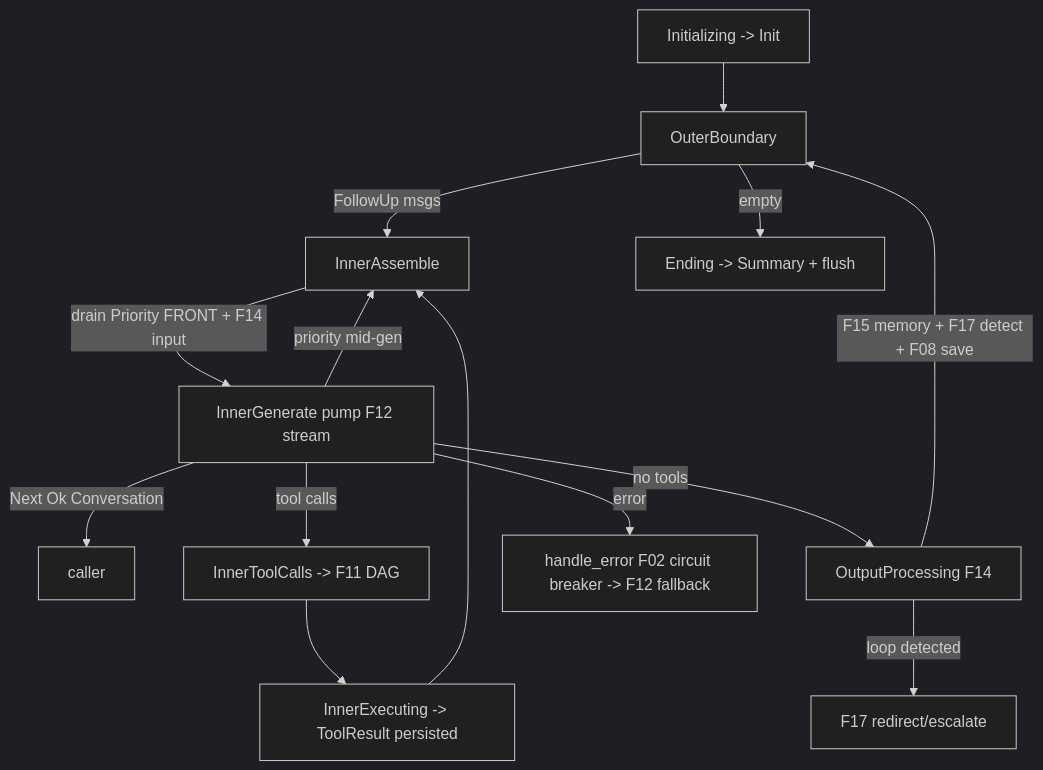
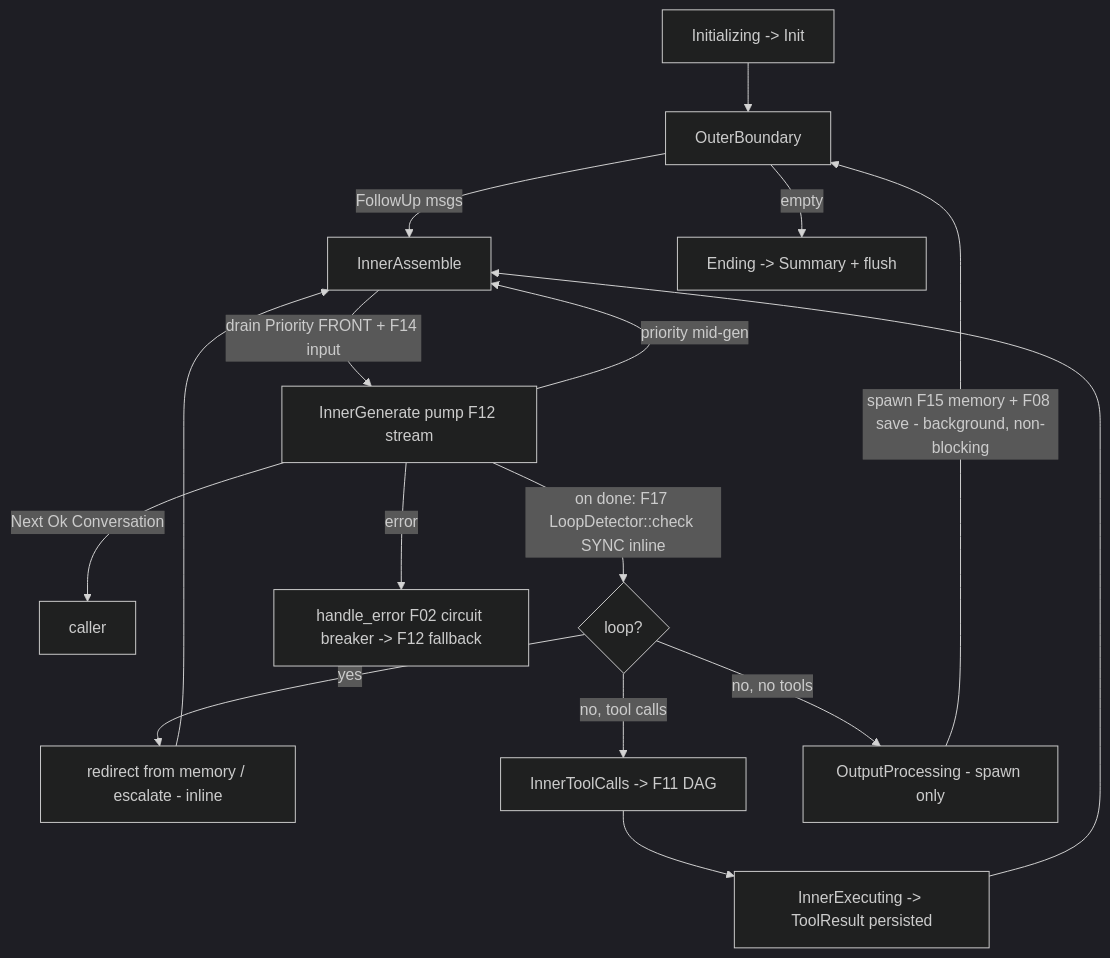
Before and after one commit to ewe-studios/ewe_platform: the diagram in specifications/36-agentic-api/features/19-agentic-loop/feature.md, drawn with Mermaid (dark theme). The commit also changed other lines of this file and 3 other files, not shown here.

First line of the commit message:
spec(36): resolve Item #3 — tight inner loop + inline loop detection

````diff
--- a/specifications/36-agentic-api/features/19-agentic-loop/feature.md
+++ b/specifications/36-agentic-api/features/19-agentic-loop/feature.md
@@ -160,16 +160,18 @@
 ```mermaid
 graph TD
     INIT[Initializing -> Init] --> OB[OuterBoundary]
     OB -->|FollowUp msgs| IA[InnerAssemble]
     OB -->|empty| END[Ending -> Summary + flush]
     IA -->|drain Priority FRONT + F14 input| GEN[InnerGenerate pump F12 stream]
     GEN -->|Next Ok Conversation| C[caller]
     GEN -->|priority mid-gen| IA
-    GEN -->|tool calls| TC[InnerToolCalls -> F11 DAG]
-    GEN -->|no tools| OP[OutputProcessing F14]
+    GEN -->|on done: F17 LoopDetector::check SYNC inline| LD{loop?}
+    LD -->|yes| RD[redirect from memory / escalate - inline]
+    RD --> IA
+    LD -->|no, tool calls| TC[InnerToolCalls -> F11 DAG]
+    LD -->|no, no tools| OP[OutputProcessing - spawn only]
     TC --> EX[InnerExecuting -> ToolResult persisted]
     EX --> IA
-    OP -->|F15 memory + F17 detect + F08 save| OB
-    OP -->|loop detected| RD[F17 redirect/escalate]
+    OP -->|spawn F15 memory + F08 save - background, non-blocking| OB
     GEN -->|error| HE[handle_error F02 circuit breaker -> F12 fallback]
 ```
````
